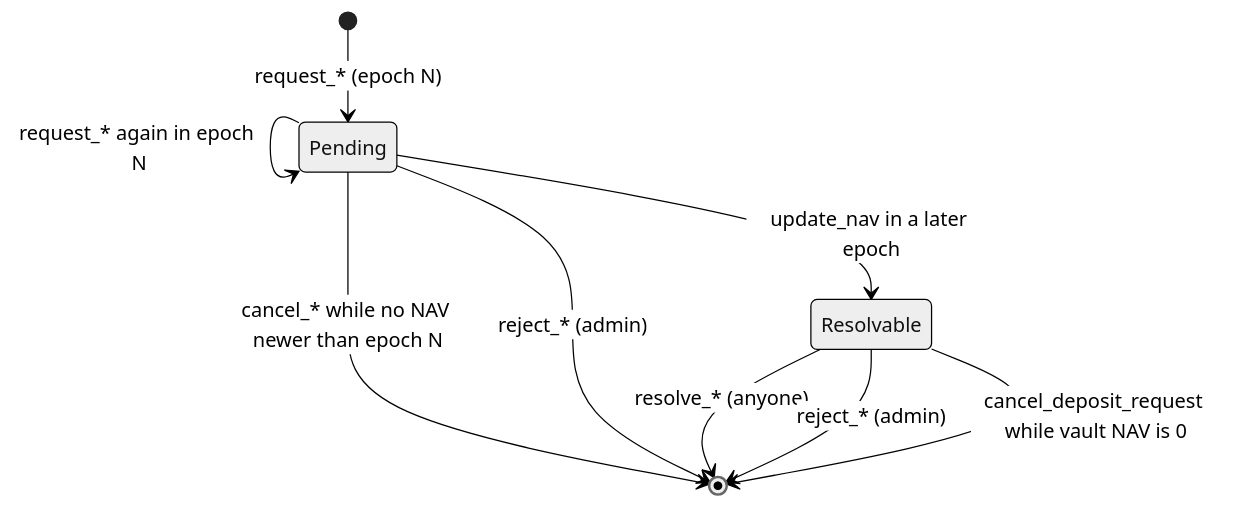
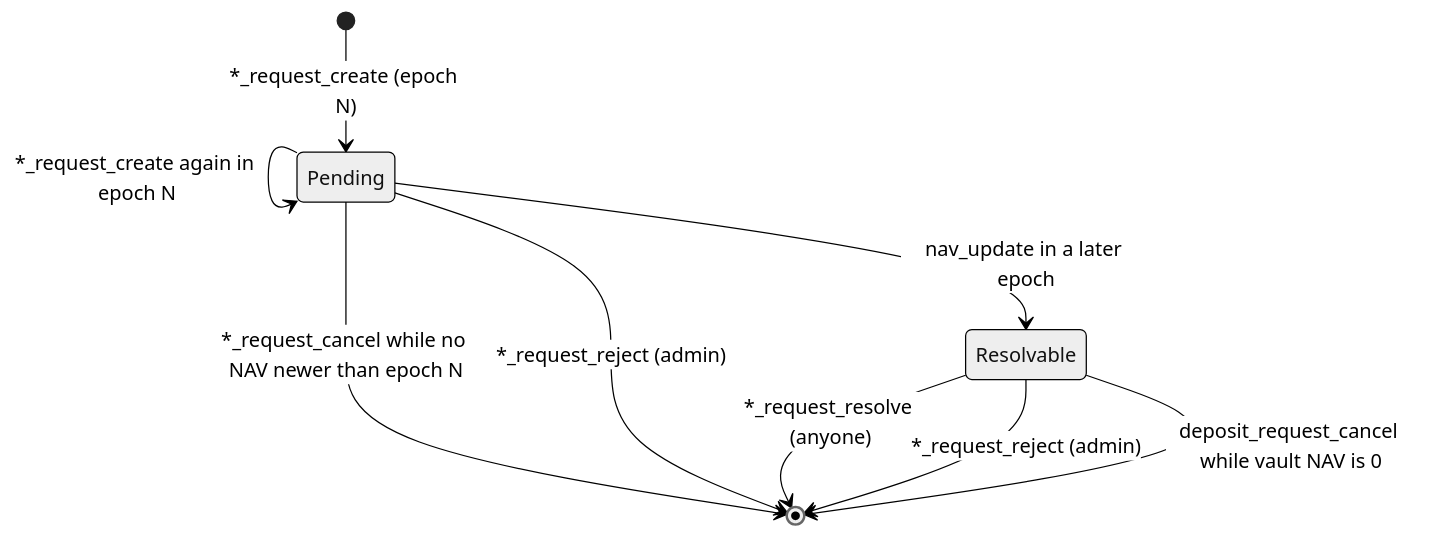
Before and after one commit to HedginVault/programs: the second of 3 diagrams in docs/accounts.md, drawn with Mermaid (neutral theme). The commit also changed other lines of this file and 116 other files, not shown here.

````diff
--- a/docs/accounts.md
+++ b/docs/accounts.md
@@ -308,11 +308,11 @@
 ```mermaid
 stateDiagram-v2
-    [*] --> Pending : request_* (epoch N)
-    Pending --> Pending : request_* again in epoch N
-    Pending --> [*] : cancel_* while no NAV newer than epoch N
-    Pending --> [*] : reject_* (admin)
-    Pending --> Resolvable : update_nav in a later epoch
-    Resolvable --> [*] : resolve_* (anyone)
-    Resolvable --> [*] : reject_* (admin)
-    Resolvable --> [*] : cancel_deposit_request while vault NAV is 0
+    [*] --> Pending : *_request_create (epoch N)
+    Pending --> Pending : *_request_create again in epoch N
+    Pending --> [*] : *_request_cancel while no NAV newer than epoch N
+    Pending --> [*] : *_request_reject (admin)
+    Pending --> Resolvable : nav_update in a later epoch
+    Resolvable --> [*] : *_request_resolve (anyone)
+    Resolvable --> [*] : *_request_reject (admin)
+    Resolvable --> [*] : deposit_request_cancel while vault NAV is 0
 ```
````
